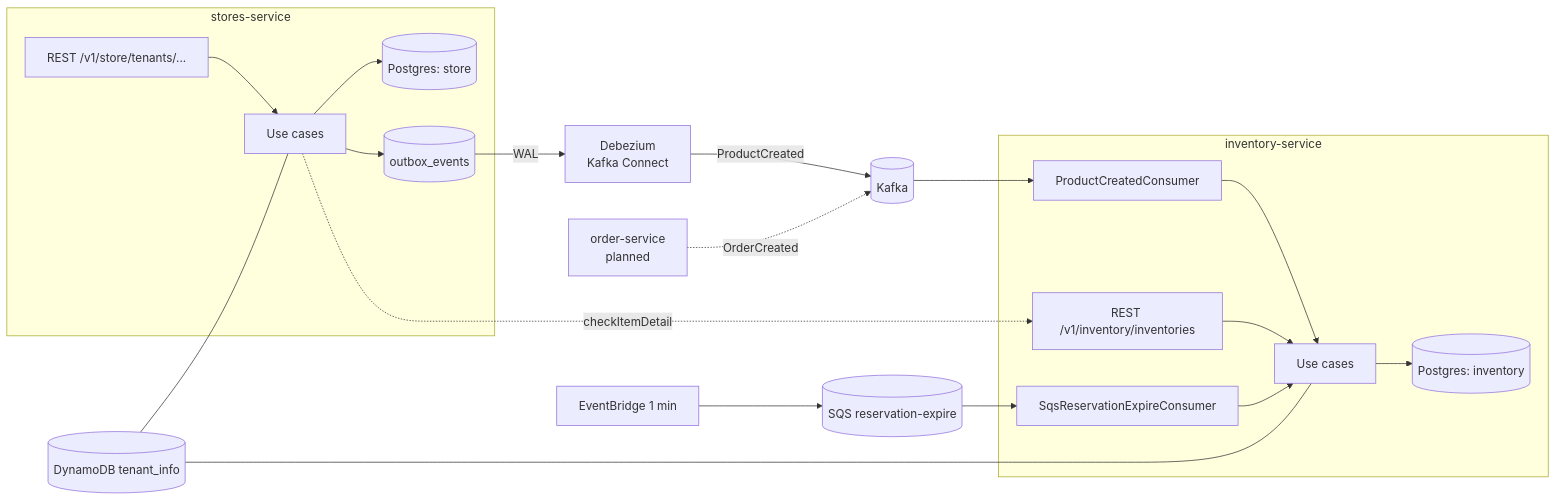
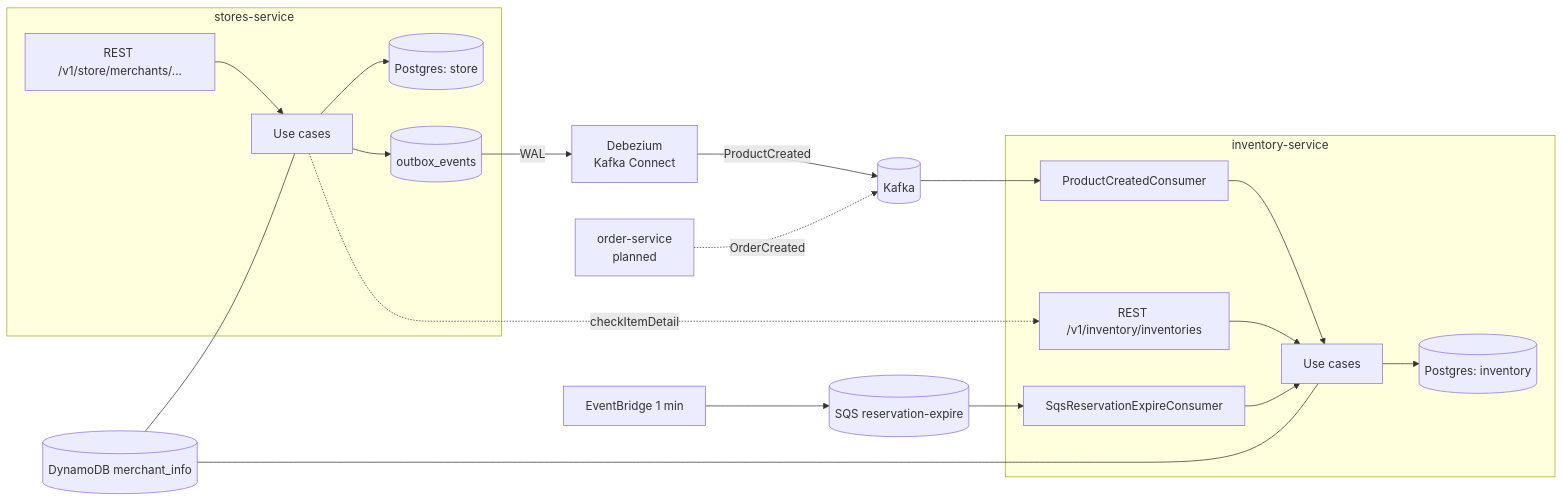
One commit to domt97/oms-workspace changed the diagram in architecture/system-overview.md. Above: the diagram before and after it, drawn with Mermaid. The commit also changed other lines of this file and 22 other files, not shown here.

Commit message:
docs: rename tenant to merchant in workspace docs, skills and agents

````diff
--- a/architecture/system-overview.md
+++ b/architecture/system-overview.md
@@ -3,22 +3,22 @@
 ```mermaid
 flowchart LR
     subgraph stores-service
-        SAPI[REST /v1/store/tenants/...] --> SUC[Use cases]
+        SAPI[REST /v1/store/merchants/...] --> SUC[Use cases]
         SUC --> SDB[(Postgres: store)]
         SUC --> OB[(outbox_events)]
     end
     OB -- WAL --> DBZ[Debezium<br/>Kafka Connect]
     DBZ -- ProductCreated --> K[(Kafka)]
     K --> PC[ProductCreatedConsumer]
     subgraph inventory-service
         PC --> IUC[Use cases]
         IAPI[REST /v1/inventory/inventories] --> IUC
         SQS[SqsReservationExpireConsumer] --> IUC
         IUC --> IDB[(Postgres: inventory)]
     end
     EB[EventBridge 1 min] --> Q[(SQS reservation-expire)] --> SQS
     ORD[order-service<br/>planned] -. OrderCreated .-> K
     SUC -. checkItemDetail .-> IAPI
-    DDB[(DynamoDB tenant_info)] --- SUC
+    DDB[(DynamoDB merchant_info)] --- SUC
     DDB --- IUC
 ```
````
